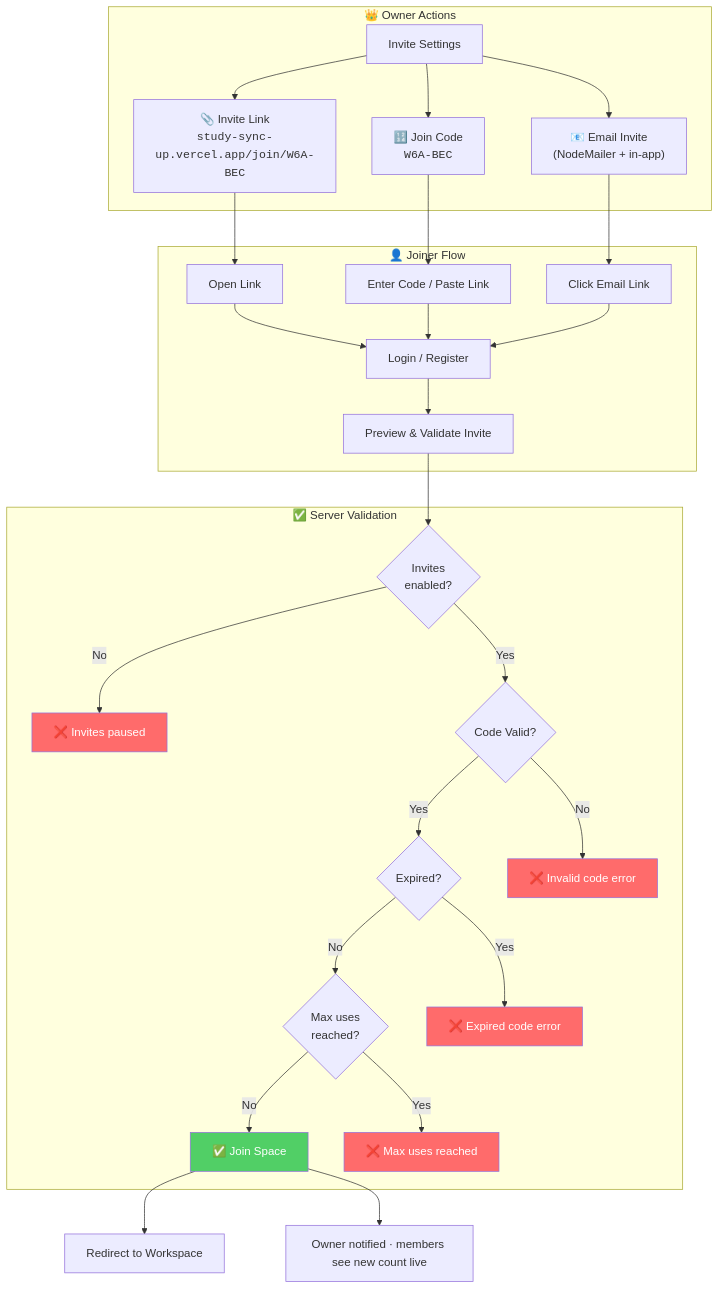
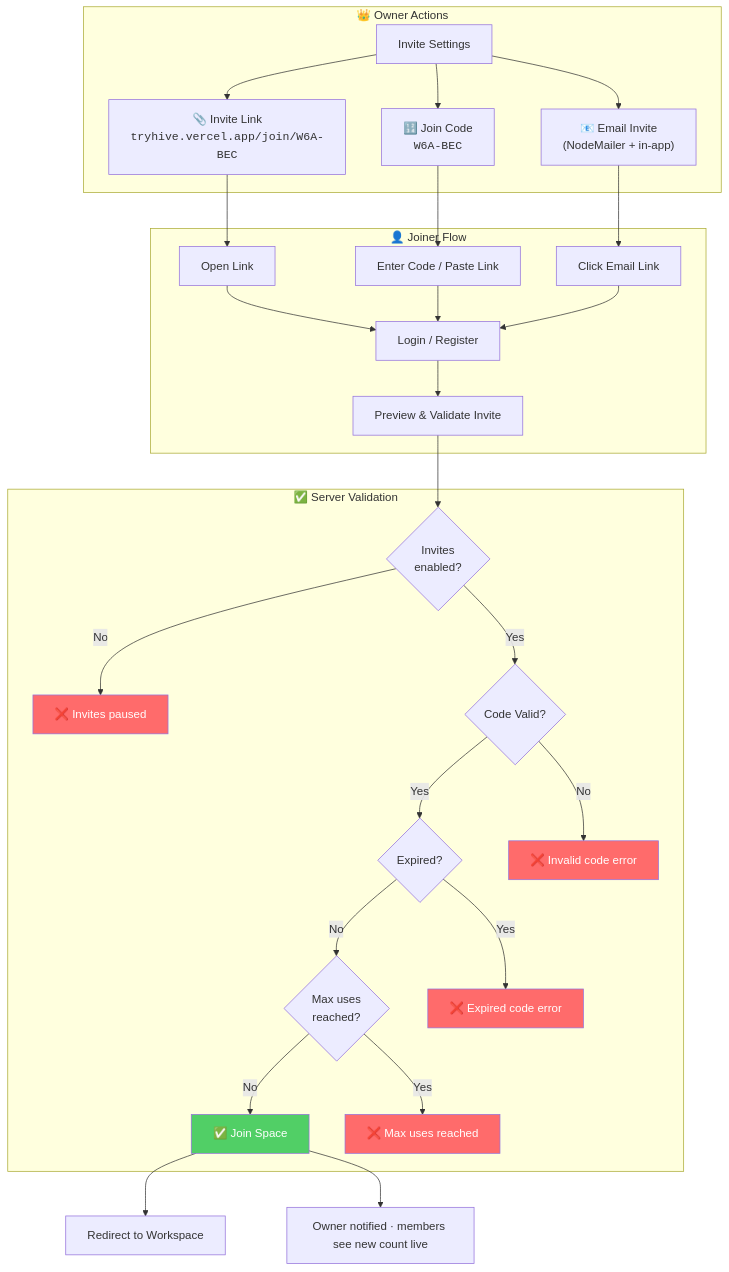
Diagram 12 of 19 in README.md (Priyansh9506/Hive), drawn with Mermaid before and after one commit. The commit also changed other lines of this file and 19 other files, not shown here.

First line of the commit message:
feat: rename Kolo to Hive and move to tryhive.vercel.app

````diff
--- a/README.md
+++ b/README.md
@@ -990,42 +1011,42 @@
 ```mermaid
 flowchart TD
     subgraph Owner_Actions["👑 Owner Actions"]
         G["Invite Settings"]
-        G --> IL["📎 Invite Link<br/><code>study-sync-up.vercel.app/join/W6A-BEC</code>"]
+        G --> IL["📎 Invite Link<br/><code>tryhive.vercel.app/join/W6A-BEC</code>"]
         G --> IC["🔢 Join Code<br/><code>W6A-BEC</code>"]
         G --> EM["📧 Email Invite<br/>(NodeMailer + in-app)"]
     end
 
     subgraph Joiner_Flow["👤 Joiner Flow"]
         IL --> OA["Open Link"]
         IC --> EC["Enter Code / Paste Link"]
         EM --> CL["Click Email Link"]
 
         OA --> LI["Login / Register"]
         EC --> LI
         CL --> LI
 
         LI --> VL["Preview & Validate Invite"]
     end
 
     subgraph Validation["✅ Server Validation"]
         VL --> EN{"Invites<br/>enabled?"}
         EN -->|No| ERR0["❌ Invites paused"]
         EN -->|Yes| CK{"Code Valid?"}
         CK -->|Yes| EX{"Expired?"}
         CK -->|No| ERR["❌ Invalid code error"]
         EX -->|No| MC{"Max uses<br/>reached?"}
         EX -->|Yes| ERR2["❌ Expired code error"]
         MC -->|No| JOIN["✅ Join Space"]
         MC -->|Yes| ERR3["❌ Max uses reached"]
     end
 
     JOIN --> WS["Redirect to Workspace"]
     JOIN --> LIVE["Owner notified · members see new count live"]
 
     style JOIN fill:#51cf66,color:#fff
     style ERR0 fill:#ff6b6b,color:#fff
     style ERR fill:#ff6b6b,color:#fff
     style ERR2 fill:#ff6b6b,color:#fff
     style ERR3 fill:#ff6b6b,color:#fff
 ```
````
